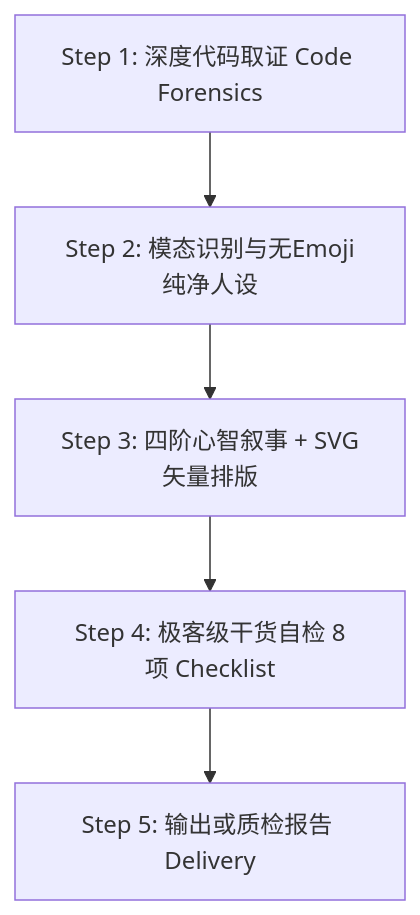
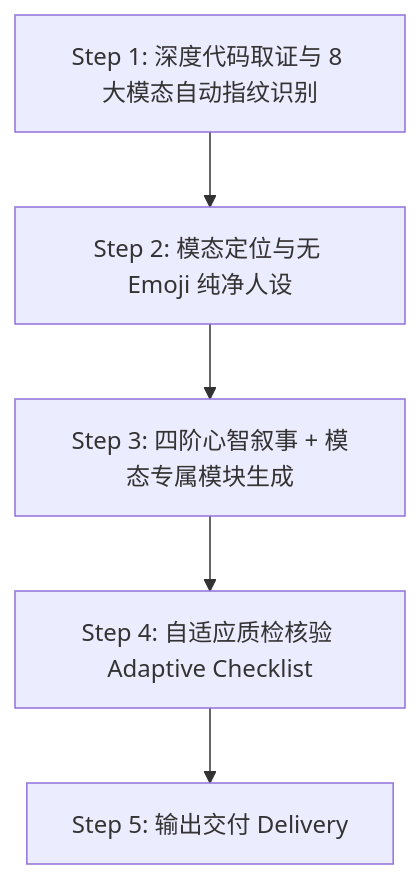
The diagram in skills/readme-writer/SKILL.md (guihai24/openskills), drawn with Mermaid before and after one commit. The commit also changed other lines of this file and 1 other file, not shown here.

````diff
--- a/skills/readme-writer/SKILL.md
+++ b/skills/readme-writer/SKILL.md
@@ -35,7 +40,7 @@
 ```mermaid
 graph TD
-    S1[Step 1: 深度代码取证 Code Forensics] --> S2[Step 2: 模态识别与无Emoji纯净人设]
-    S2 --> S3[Step 3: 四阶心智叙事 + SVG矢量排版]
-    S3 --> S4[Step 4: 极客级干货自检 8项 Checklist]
-    S4 --> S5[Step 5: 输出或质检报告 Delivery]
+    S1[Step 1: 深度代码取证与 8 大模态自动指纹识别] --> S2[Step 2: 模态定位与无 Emoji 纯净人设]
+    S2 --> S3[Step 3: 四阶心智叙事 + 模态专属模块生成]
+    S3 --> S4[Step 4: 自适应质检核验 Adaptive Checklist]
+    S4 --> S5[Step 5: 输出交付 Delivery]
 ```
````
